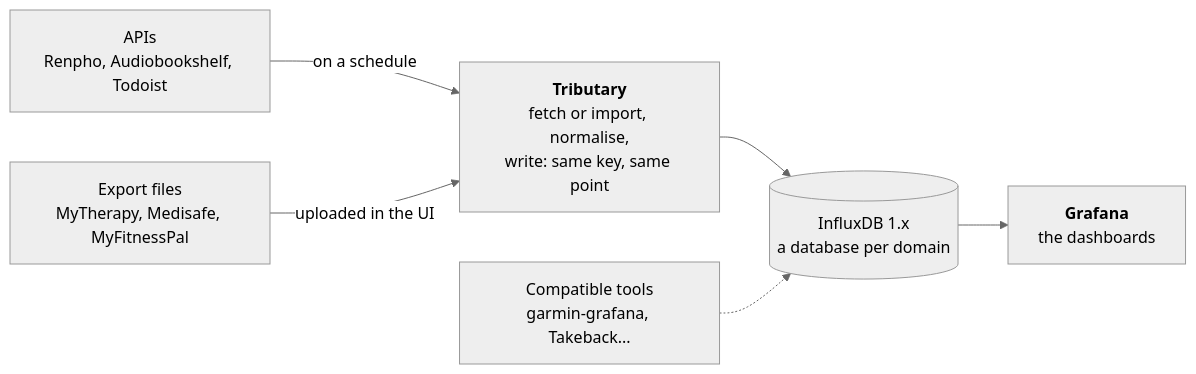
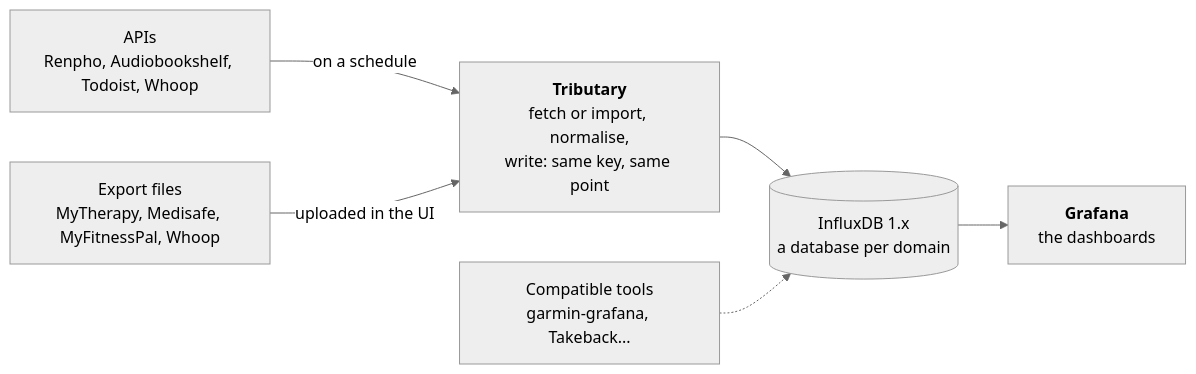
The diagram in README.md (vchatela-org/tributary), drawn with Mermaid (neutral theme) before and after one commit. The commit also changed other lines of this file and 44 other files, not shown here.

````diff
--- a/README.md
+++ b/README.md
@@ -13,8 +13,8 @@
 ```mermaid
 flowchart LR
-    api["APIs<br>Renpho, Audiobookshelf, Todoist"] -- on a schedule --> T
-    files["Export files<br>MyTherapy, Medisafe, MyFitnessPal"] -- uploaded in the UI --> T
+    api["APIs<br>Renpho, Audiobookshelf, Todoist, Whoop"] -- on a schedule --> T
+    files["Export files<br>MyTherapy, Medisafe, MyFitnessPal, Whoop"] -- uploaded in the UI --> T
     T["<b>Tributary</b><br>fetch or import, normalise,<br>write: same key, same point"] --> DB[("InfluxDB 1.x<br>a database per domain")]
     tools["Compatible tools<br>garmin-grafana, Takeback..."] -.-> DB
     DB --> G["<b>Grafana</b><br>the dashboards"]
 ```
````
